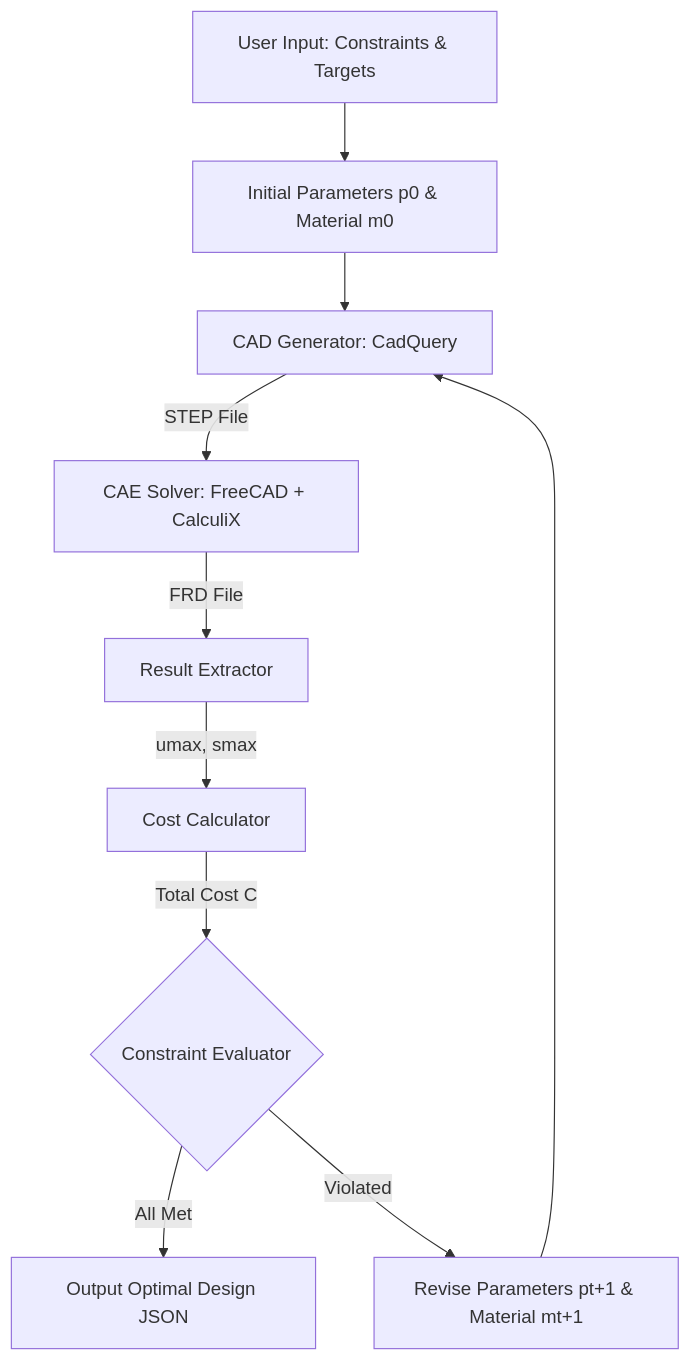
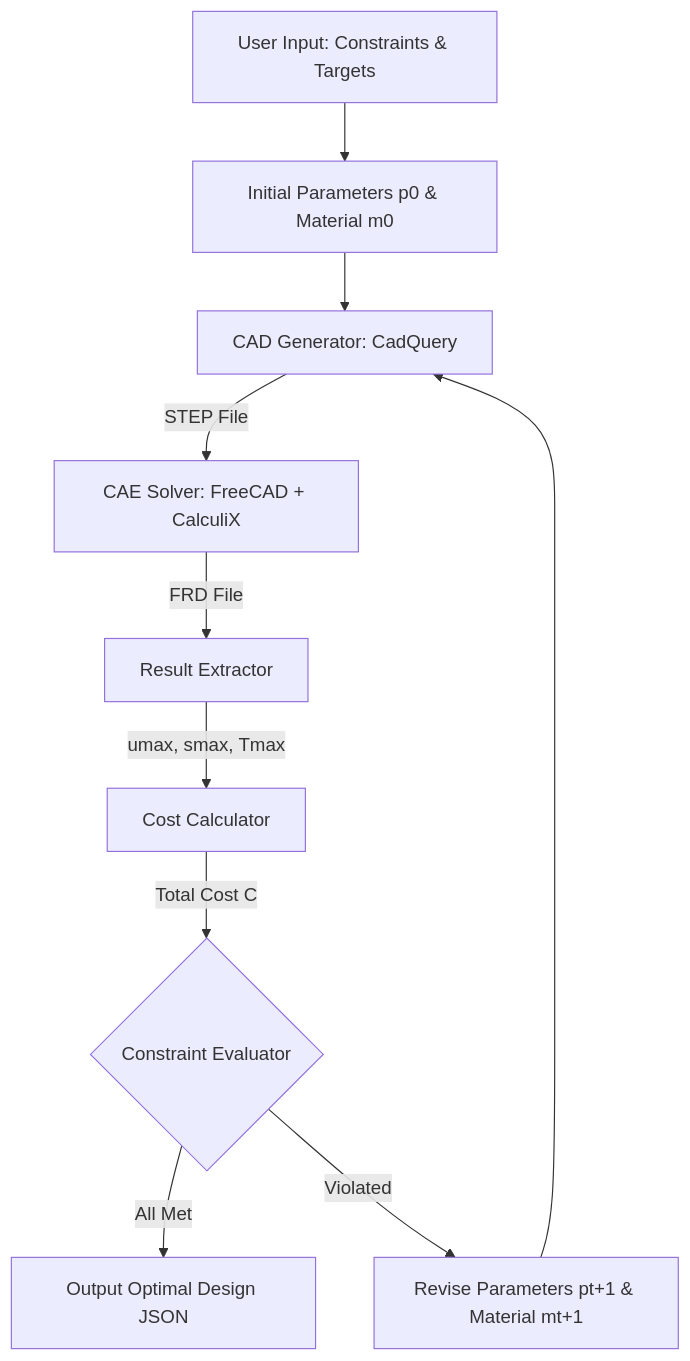
The diagram in .agents/skills/cosmo-agent-cad-cae-orchestration/SKILL.md (faliqadlan/pertacoustic-3d-design), drawn with Mermaid before and after one commit. The commit also changed other lines of this file, not shown here.

````diff
--- a/.agents/skills/cosmo-agent-cad-cae-orchestration/SKILL.md
+++ b/.agents/skills/cosmo-agent-cad-cae-orchestration/SKILL.md
@@ -16,12 +22,12 @@
 ```mermaid
 graph TD
     A[User Input: Constraints & Targets] --> B[Initial Parameters p0 & Material m0]
     B --> C[CAD Generator: CadQuery]
     C -->|STEP File| D[CAE Solver: FreeCAD + CalculiX]
     D -->|FRD File| E[Result Extractor]
-    E -->|umax, smax| F[Cost Calculator]
+    E -->|umax, smax, Tmax| F[Cost Calculator]
     F -->|Total Cost C| G{Constraint Evaluator}
     G -->|All Met| H[Output Optimal Design JSON]
     G -->|Violated| I[Revise Parameters pt+1 & Material mt+1]
     I --> C
 ```
````
